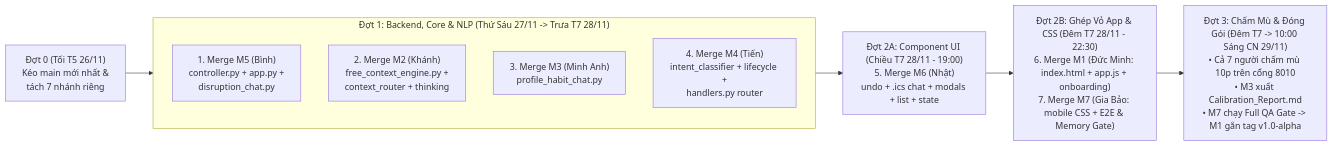
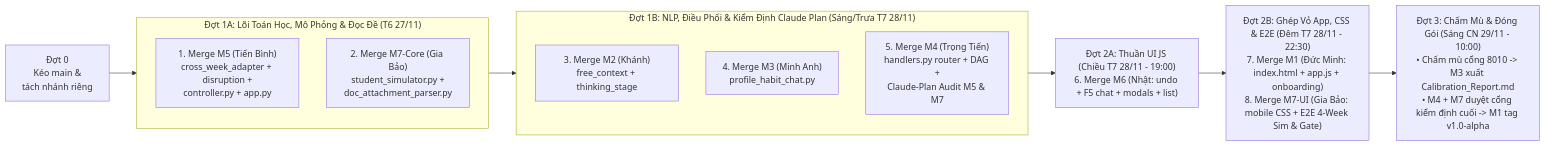
Before and after one commit to TNKhanh1/Computational-Thinking---Group-Project: the diagram in v1.0-alpha-plan/README.md, drawn with Mermaid. The commit also changed other lines of this file and 10 other files, not shown here.

Commit message:
docs(plan): add 14-pattern formal spec, cross-week adaptation & in-silico sim plan

````diff
--- a/v1.0-alpha-plan/README.md
+++ b/v1.0-alpha-plan/README.md
@@ -51,13 +51,17 @@
 ```mermaid
 flowchart LR
-    W0["Đợt 0 (Tối T5 26/11)\nKéo main mới nhất &\ntách 7 nhánh riêng"] --> W1
-    subgraph W1["Đợt 1: Backend, Core & NLP (Thứ Sáu 27/11 -> Trưa T7 28/11)"]
-        M5["1. Merge M5 (Bình)\ncontroller.py + app.py +\ndisruption_chat.py"]
-        M2["2. Merge M2 (Khánh)\nfree_context_engine.py +\ncontext_router + thinking"]
-        M3["3. Merge M3 (Minh Anh)\nprofile_habit_chat.py"]
-        M4["4. Merge M4 (Tiến)\nintent_classifier + lifecycle +\nhandlers.py router"]
+    W0["Đợt 0\nKéo main &\ntách nhánh riêng"] --> W1A
+    subgraph W1A["Đợt 1A: Lõi Toán Học, Mô Phỏng & Đọc Đề (T6 27/11)"]
+        M5["1. Merge M5 (Tiến Bình)\ncross_week_adapter + disruption +\ncontroller.py + app.py"]
+        M7A["2. Merge M7-Core (Gia Bảo)\nstudent_simulator.py +\ndoc_attachment_parser.py"]
     end
-    W1 --> W2A["Đợt 2A: Component UI (Chiều T7 28/11 - 19:00)\n5. Merge M6 (Nhật)\nundo + .ics chat + modals + list + state"]
-    W2A --> W2B["Đợt 2B: Ghép Vỏ App & CSS (Đêm T7 28/11 - 22:30)\n6. Merge M1 (Đức Minh: index.html + app.js + onboarding)\n7. Merge M7 (Gia Bảo: mobile CSS + E2E & Memory Gate)"]
-    W2B --> W3["Đợt 3: Chấm Mù & Đóng Gói (Đêm T7 -> 10:00 Sáng CN 29/11)\n• Cả 7 người chấm mù 10p trên cổng 8010\n• M3 xuất Calibration_Report.md\n• M7 chạy Full QA Gate -> M1 gắn tag v1.0-alpha"]
+    W1A --> W1B
+    subgraph W1B["Đợt 1B: NLP, Điều Phối & Kiểm Định Claude Plan (Sáng/Trưa T7 28/11)"]
+        M2["3. Merge M2 (Khánh)\nfree_context + thinking_stage"]
+        M3["4. Merge M3 (Minh Anh)\nprofile_habit_chat.py"]
+        M4["5. Merge M4 (Trọng Tiến)\nhandlers.py router + DAG +\nClaude-Plan Audit M5 & M7"]
+    end
+    W1B --> W2A["Đợt 2A: Thuần UI JS (Chiều T7 28/11 - 19:00)\n6. Merge M6 (Nhật: undo + F5 chat + modals + list)"]
+    W2A --> W2B["Đợt 2B: Ghép Vỏ App, CSS & E2E (Đêm T7 28/11 - 22:30)\n7. Merge M1 (Đức Minh: index.html + app.js + onboarding)\n8. Merge M7-UI (Gia Bảo: mobile CSS + E2E 4-Week Sim & Gate)"]
+    W2B --> W3["Đợt 3: Chấm Mù & Đóng Gói (Sáng CN 29/11 - 10:00)\n• Chấm mù cổng 8010 -> M3 xuất Calibration_Report.md\n• M4 + M7 duyệt cổng kiểm định cuối -> M1 tag v1.0-alpha"]
 ```
````
